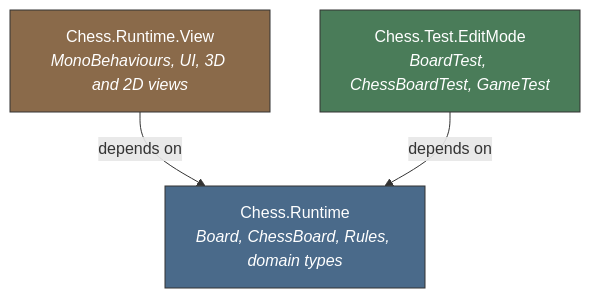
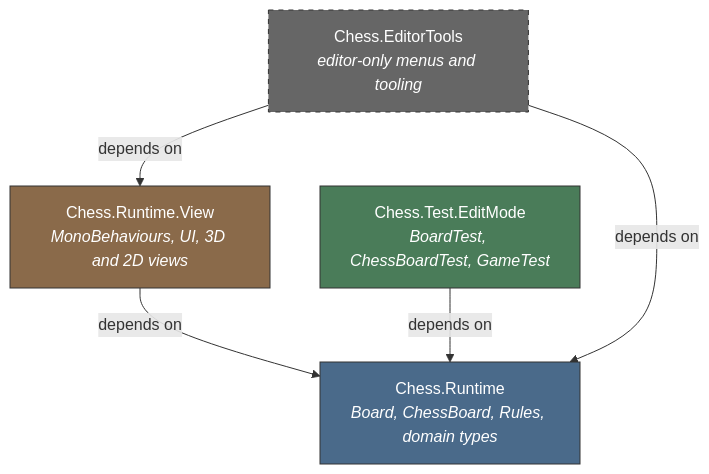
One commit to EgillAntonsson/chess changed the diagram in README.md. Above: the diagram before and after it, drawn with Mermaid. The commit also changed other lines of this file, not shown here.

Commit message:
Add EditorTools assembly to architecture diagram

````diff
--- a/README.md
+++ b/README.md
@@ -21,13 +21,17 @@
 ```mermaid
 graph TD
+    EditorTools["Chess.EditorTools<br/><i>editor-only menus and tooling</i>"]
     View["Chess.Runtime.View<br/><i>MonoBehaviours, UI, 3D and 2D views</i>"]
     Domain["Chess.Runtime<br/><i>Board, ChessBoard, Rules, domain types</i>"]
     Tests["Chess.Test.EditMode<br/><i>BoardTest, ChessBoardTest, GameTest</i>"]
 
     View -->|depends on| Domain
     Tests -->|depends on| Domain
+    EditorTools -->|depends on| View
+    EditorTools -->|depends on| Domain
 
     style Domain fill:#4a6a8a,stroke:#333,color:#fff
     style View fill:#8a6a4a,stroke:#333,color:#fff
     style Tests fill:#4a7c59,stroke:#333,color:#fff
+    style EditorTools fill:#666,stroke:#333,color:#fff,stroke-dasharray: 5 5
 ```
````
